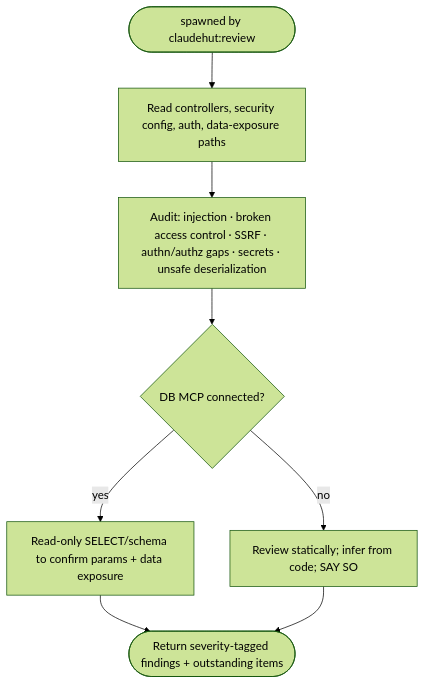
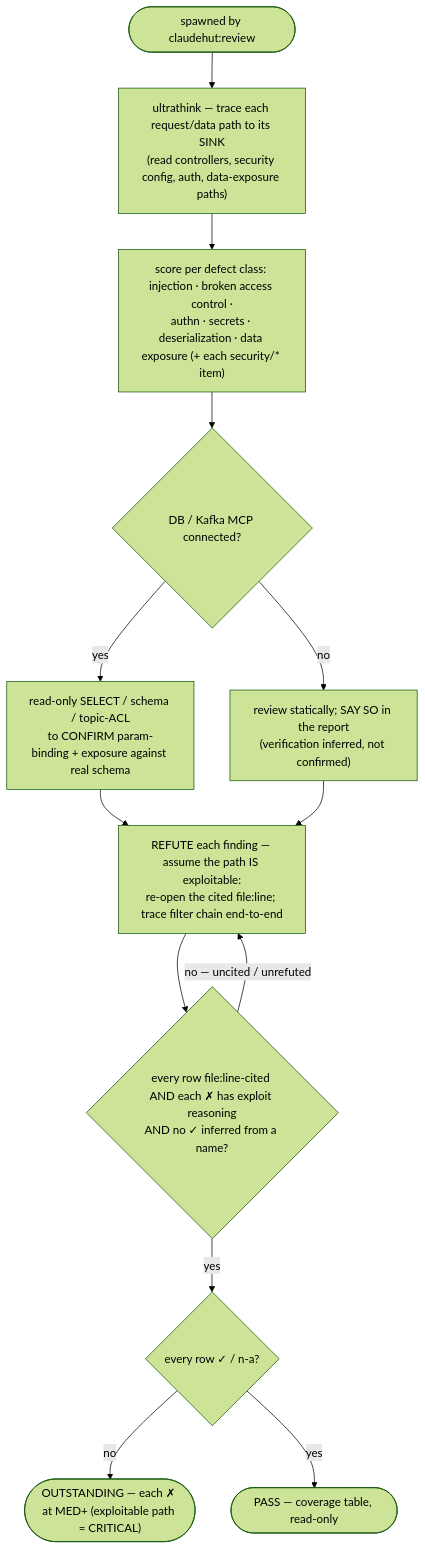
One commit to taipt1504/claudehut changed the diagram in agents/claudehut-security-auditor.md. Above: the diagram before and after it, drawn with Mermaid (forest theme). The commit also changed other lines of this file and 22 other files, not shown here.

First line of the commit message:
feat(v0.8): skill+agent prompts — gates wired, ultra-flow diagrams, concision

````diff
--- a/agents/claudehut-security-auditor.md
+++ b/agents/claudehut-security-auditor.md
@@ -26,9 +22,15 @@
 ```mermaid
 flowchart TB
-    a([spawned by claudehut:review]) --> read["Read controllers, security config, auth, data-exposure paths"]
-    read --> owasp["Audit: injection · broken access control · SSRF · authn/authz gaps · secrets · unsafe deserialization"]
-    owasp --> mcp{"DB MCP connected?"}
-    mcp -- yes --> live["Read-only SELECT/schema to confirm params + data exposure"]
-    mcp -- no --> static["Review statically; infer from code; SAY SO"]
-    live & static --> out([Return severity-tagged findings + outstanding items])
+    start([spawned by claudehut:review]) --> read["ultrathink — trace each request/data path to its SINK<br/>(read controllers, security config, auth, data-exposure paths)"]
+    read --> scan["score per defect class: injection · broken access control ·<br/>authn · secrets · deserialization · data exposure (+ each security/* item)"]
+    scan --> ground{"DB / Kafka MCP connected?"}
+    ground -- "yes" --> live["read-only SELECT / schema / topic-ACL<br/>to CONFIRM param-binding + exposure against real schema"]
+    ground -- "no" --> infer["review statically; SAY SO in the report<br/>(verification inferred, not confirmed)"]
+    live --> crit["REFUTE each finding — assume the path IS exploitable:<br/>re-open the cited file:line; trace filter chain end-to-end"]
+    infer --> crit
+    crit --> ev{"every row file:line-cited AND each ✗ has exploit reasoning<br/>AND no ✓ inferred from a name?"}
+    ev -- "no — uncited / unrefuted" --> crit
+    ev -- "yes" --> verdict{"every row ✓ / n-a?"}
+    verdict -- "no" --> out(["OUTSTANDING — each ✗ at MED+ (exploitable path = CRITICAL)"])
+    verdict -- "yes" --> pass(["PASS — coverage table, read-only"])
 ```
````
